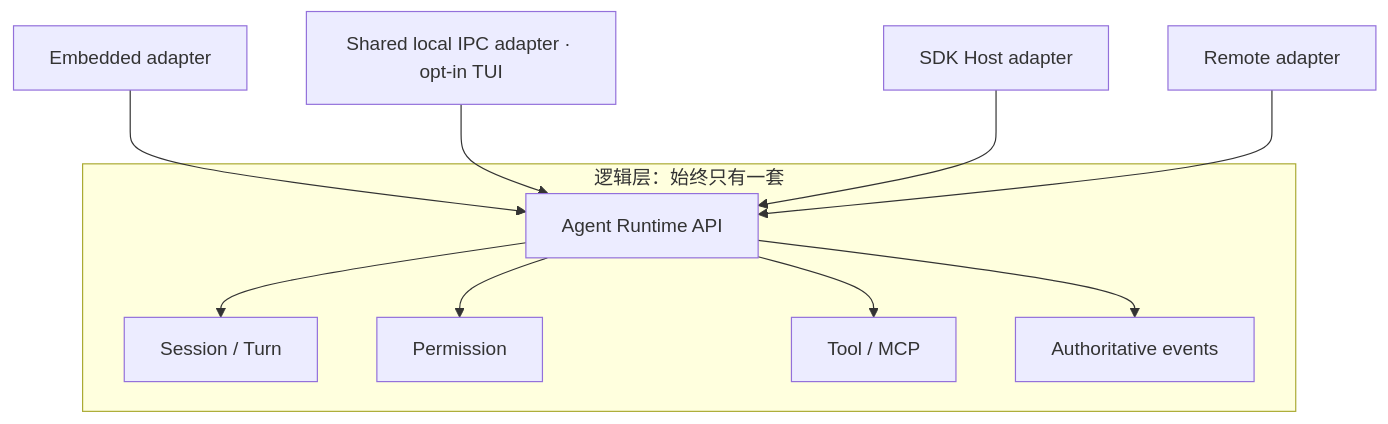
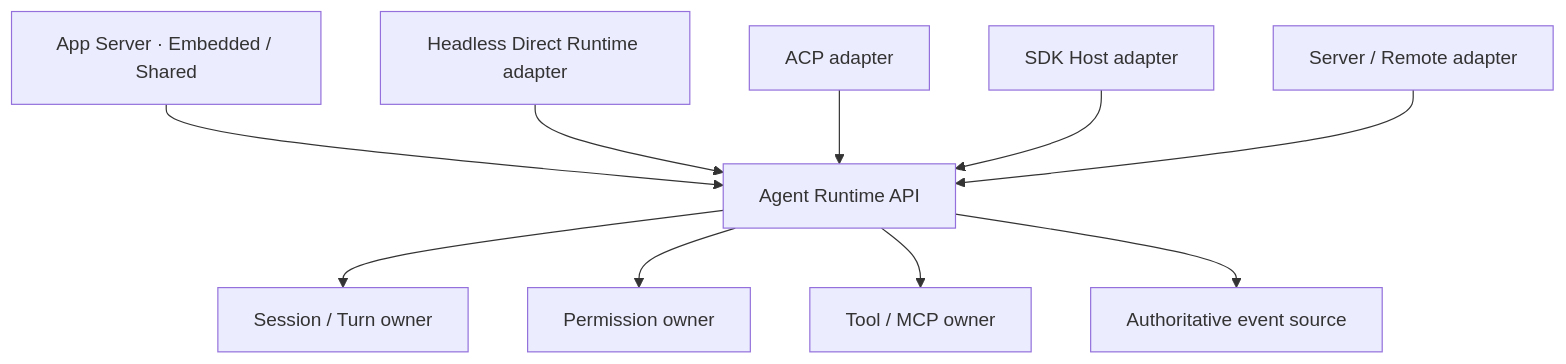
Before and after one commit to GCWing/BitFun: the second of 6 diagrams in docs/architecture/agent-runtime-deployment-design.md, drawn with Mermaid. The commit also changed other lines of this file and 15 other files, not shown here.

Commit message:
feat(doct): add app server design

````diff
--- a/docs/architecture/agent-runtime-deployment-design.md
+++ b/docs/architecture/agent-runtime-deployment-design.md
@@ -64,14 +82,13 @@
 ```mermaid
 flowchart TB
-  subgraph "逻辑层：始终只有一套"
-    API["Agent Runtime API"] --> Session["Session / Turn"]
-    API --> Permission["Permission"]
-    API --> Tool["Tool / MCP"]
-    API --> Events["Authoritative events"]
-  end
+  App["App Server · Embedded / Shared"] --> API["Agent Runtime API"]
+  Direct["Headless Direct Runtime adapter"] --> API
+  ACP["ACP adapter"] --> API
+  SDK["SDK Host adapter"] --> API
+  Remote["Server / Remote adapter"] --> API
 
-  Embedded["Embedded adapter"] --> API
-  Shared["Shared local IPC adapter · opt-in TUI"] --> API
-  SDK["SDK Host adapter"] --> API
-  Remote["Remote adapter"] --> API
+  API --> Session["Session / Turn owner"]
+  API --> Permission["Permission owner"]
+  API --> Tool["Tool / MCP owner"]
+  API --> Events["Authoritative event source"]
 ```
````
